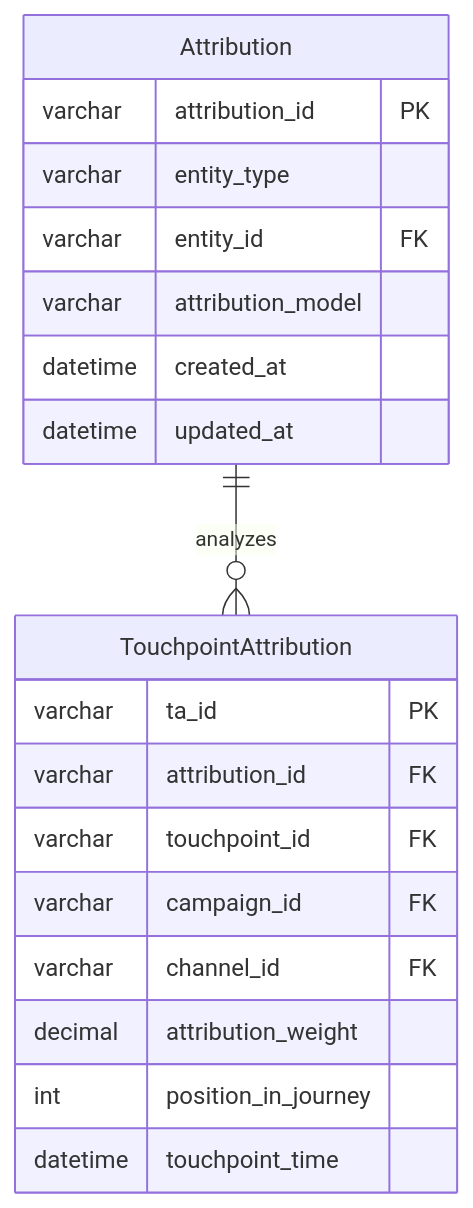
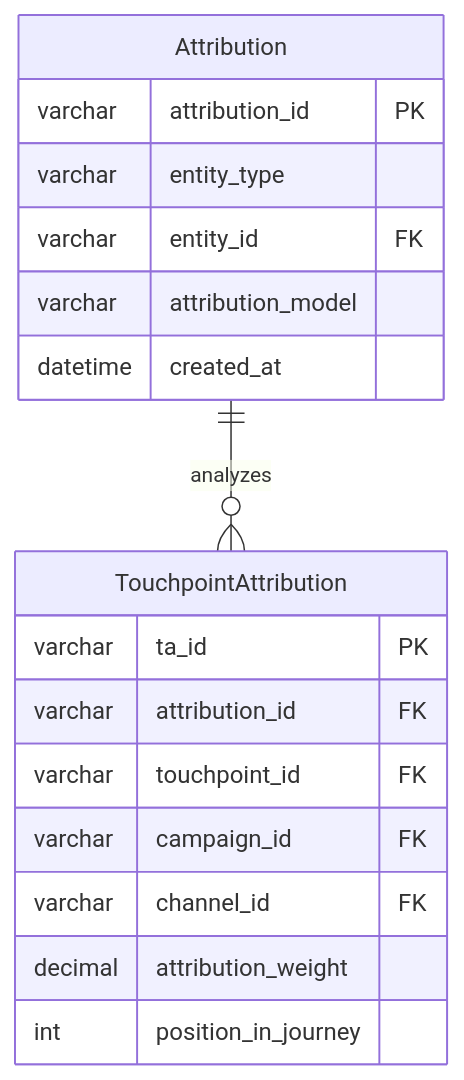
Diagram 16 of 25 in docs/b2b-cdp-entity-design.md (312268112/advanced-java), drawn with Mermaid before and after one commit. The commit also changed other lines of this file, not shown here.

````diff
--- a/docs/b2b-cdp-entity-design.md
+++ b/docs/b2b-cdp-entity-design.md
@@ -774,24 +620,22 @@
 ```mermaid
 erDiagram
     Attribution ||--o{ TouchpointAttribution : analyzes
     
     Attribution {
         varchar attribution_id PK
         varchar entity_type
         varchar entity_id FK
         varchar attribution_model
         datetime created_at
-        datetime updated_at
     }
     
     TouchpointAttribution {
         varchar ta_id PK
         varchar attribution_id FK
         varchar touchpoint_id FK
         varchar campaign_id FK
         varchar channel_id FK
         decimal attribution_weight
         int position_in_journey
-        datetime touchpoint_time
     }
 ```
````
